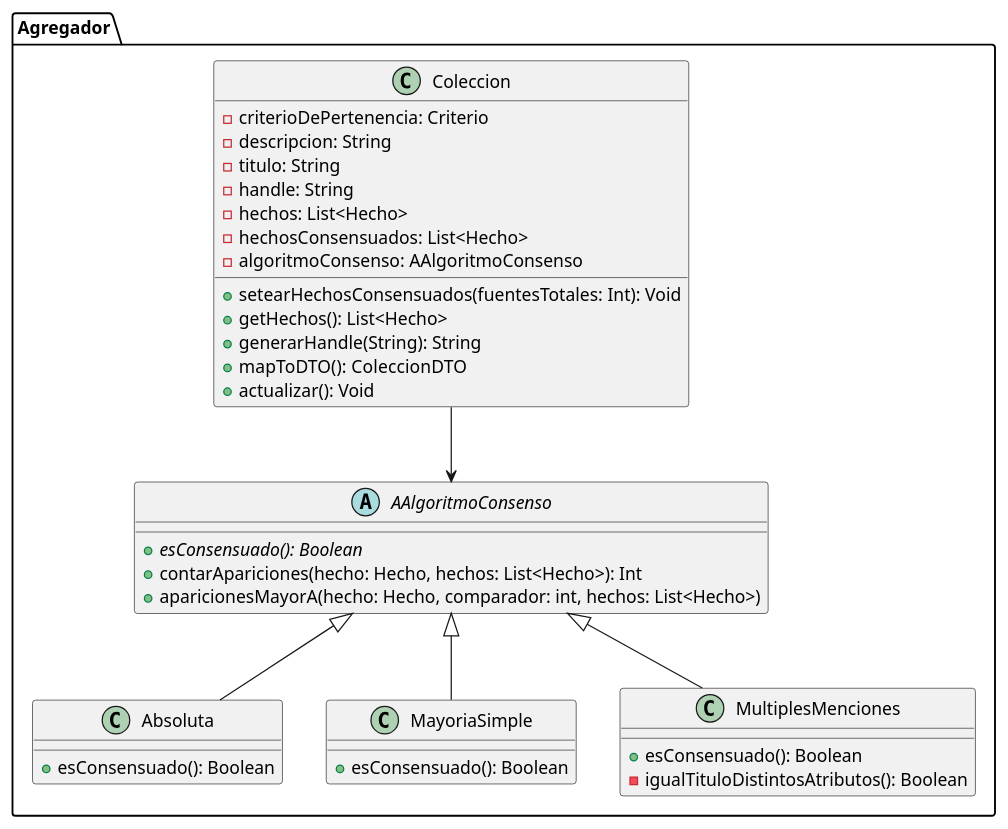
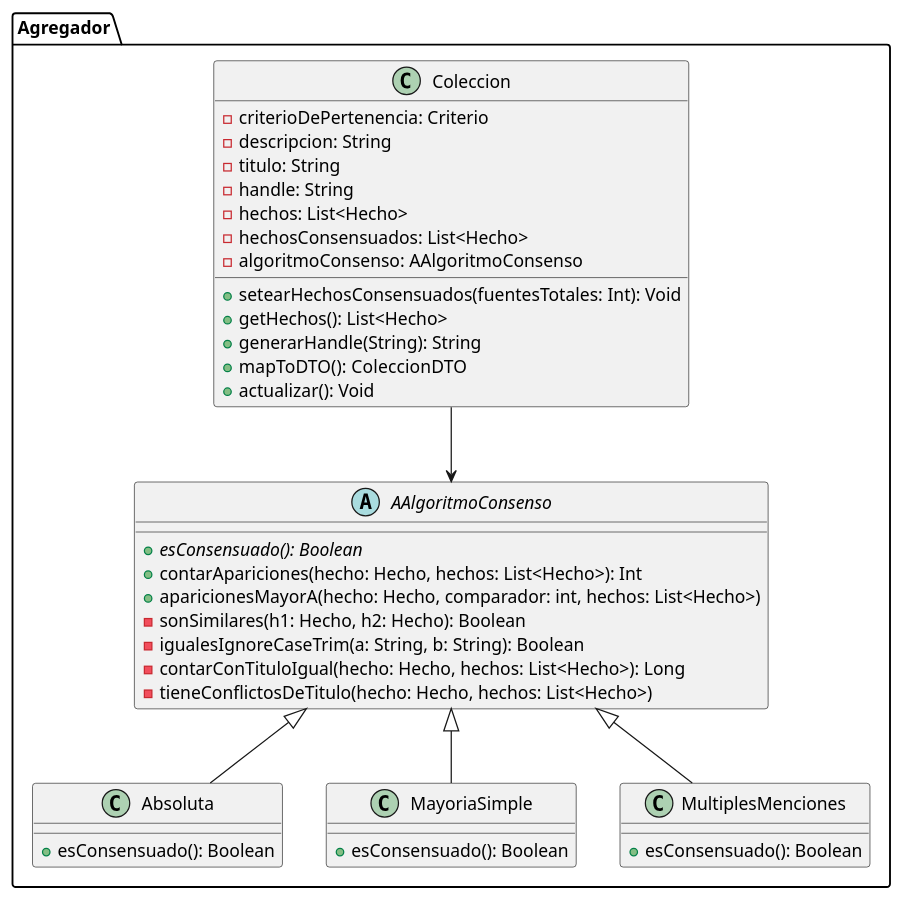
The diagram in entregables/entrega-3/diagrama-de-clases/Agregador/algoritmos.puml (NicolasPazz/metamapa), drawn with PlantUML before and after one commit.

Commit message:
fix diagrama de algoritmos

```diff
--- a/entregables/entrega-3/diagrama-de-clases/Agregador/algoritmos.puml
+++ b/entregables/entrega-3/diagrama-de-clases/Agregador/algoritmos.puml
@@ -1,40 +1,43 @@
 @startuml
 package "Agregador" {
 class Coleccion {
         - criterioDePertenencia: Criterio
         - descripcion: String
         - titulo: String
         - handle: String
         - hechos: List<Hecho>
         - hechosConsensuados: List<Hecho>
         - algoritmoConsenso: AAlgoritmoConsenso
 
         + setearHechosConsensuados(fuentesTotales: Int): Void
         + getHechos(): List<Hecho>
         + generarHandle(String): String
         + mapToDTO(): ColeccionDTO
         + actualizar(): Void
     }
 
 abstract AAlgoritmoConsenso {
         {abstract}+ esConsensuado(): Boolean
         + contarApariciones(hecho: Hecho, hechos: List<Hecho>): Int
         + aparicionesMayorA(hecho: Hecho, comparador: int, hechos: List<Hecho>)
+        - sonSimilares(h1: Hecho, h2: Hecho): Boolean
+        - igualesIgnoreCaseTrim(a: String, b: String): Boolean
+        - contarConTituloIgual(hecho: Hecho, hechos: List<Hecho>): Long
+        - tieneConflictosDeTitulo(hecho: Hecho, hechos: List<Hecho>)
 }
 
 class Absoluta extends AAlgoritmoConsenso {
         + esConsensuado(): Boolean
 }
 
 class MayoriaSimple extends AAlgoritmoConsenso {
         + esConsensuado(): Boolean
 }
 
 class MultiplesMenciones extends AAlgoritmoConsenso {
         + esConsensuado(): Boolean
-        - igualTituloDistintosAtributos(): Boolean
 }
 
 Coleccion -->AAlgoritmoConsenso
 }
 @enduml
```
